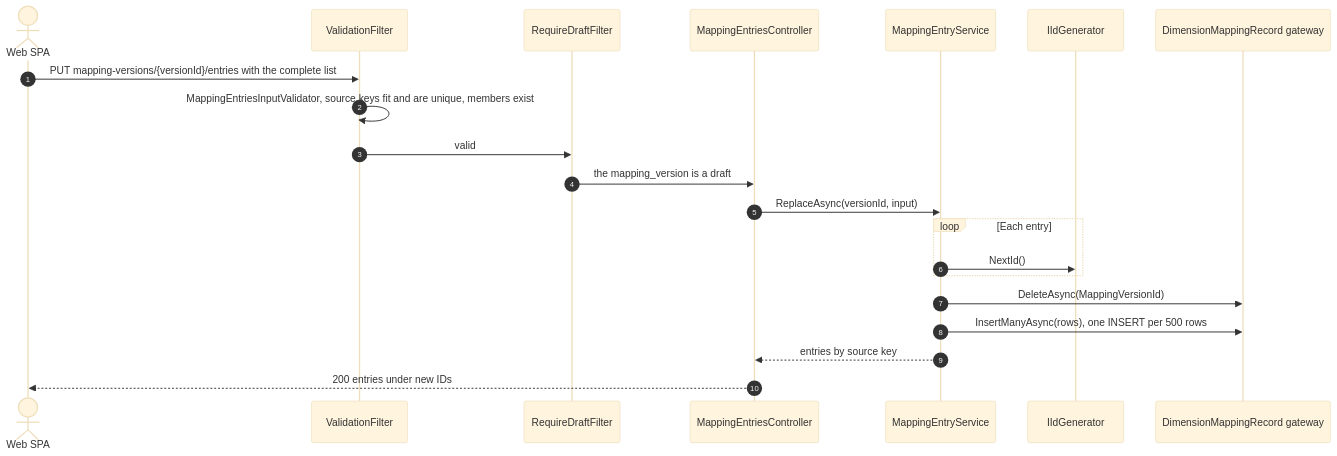
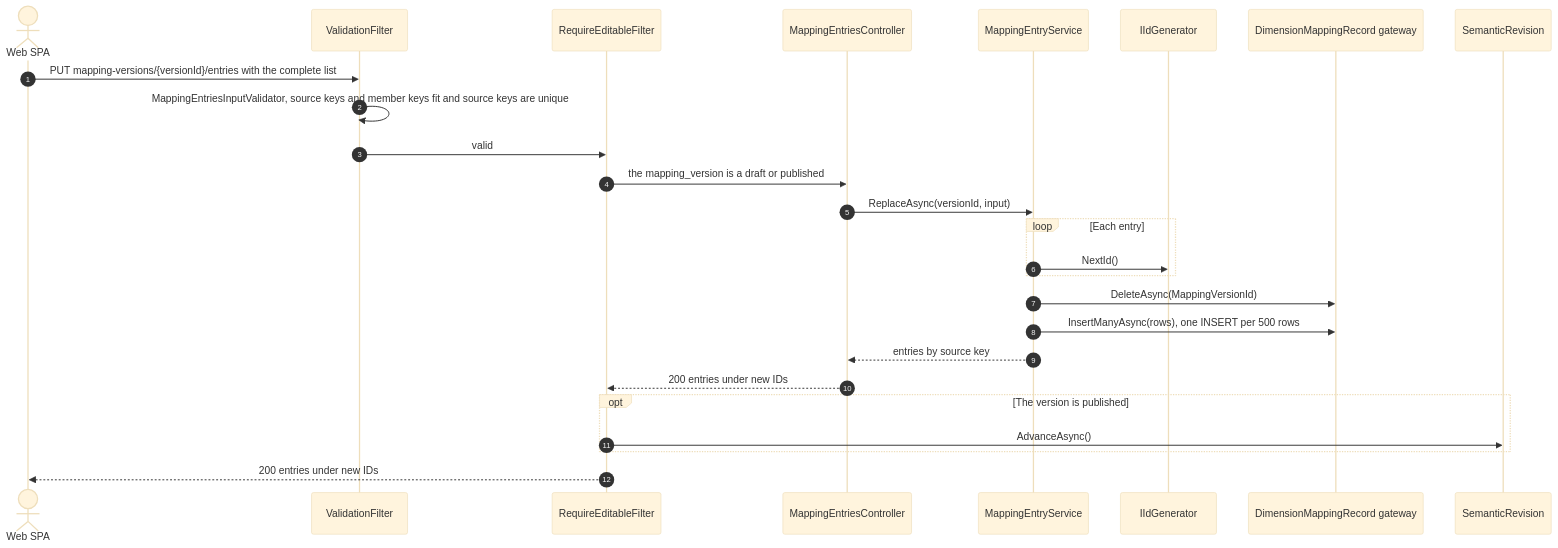
One commit to chrisaliotta/Quantalytix.QueryEngine.Admin changed the fourth of 11 diagrams in api/docs/architecture/06-key-actions.md. Above: the diagram before and after it, drawn with Mermaid (base theme). The commit also changed other lines of this file and 390 other files, not shown here.

First line of the commit message:
feat: enhance API documentation and architecture for versioning and assumption sets

````diff
--- a/api/docs/architecture/06-key-actions.md
+++ b/api/docs/architecture/06-key-actions.md
@@ -143,23 +143,28 @@
 ```mermaid
 sequenceDiagram
     autonumber
     actor Client as Web SPA
     participant Filter as ValidationFilter
-    participant Draft as RequireDraftFilter
+    participant Editable as RequireEditableFilter
     participant Ctl as MappingEntriesController
     participant Svc as MappingEntryService
     participant Ids as IIdGenerator
     participant Entries as DimensionMappingRecord gateway
+    participant Rev as SemanticRevision
     Client->>Filter: PUT mapping-versions/{versionId}/entries with the complete list
-    Filter->>Filter: MappingEntriesInputValidator, source keys fit and are unique, members exist
-    Filter->>Draft: valid
-    Draft->>Ctl: the mapping_version is a draft
+    Filter->>Filter: MappingEntriesInputValidator, source keys and member keys fit and source keys are unique
+    Filter->>Editable: valid
+    Editable->>Ctl: the mapping_version is a draft or published
     Ctl->>Svc: ReplaceAsync(versionId, input)
     loop Each entry
         Svc->>Ids: NextId()
     end
     Svc->>Entries: DeleteAsync(MappingVersionId)
     Svc->>Entries: InsertManyAsync(rows), one INSERT per 500 rows
     Svc-->>Ctl: entries by source key
-    Ctl-->>Client: 200 entries under new IDs
+    Ctl-->>Editable: 200 entries under new IDs
+    opt The version is published
+        Editable->>Rev: AdvanceAsync()
+    end
+    Editable-->>Client: 200 entries under new IDs
 ```
````
